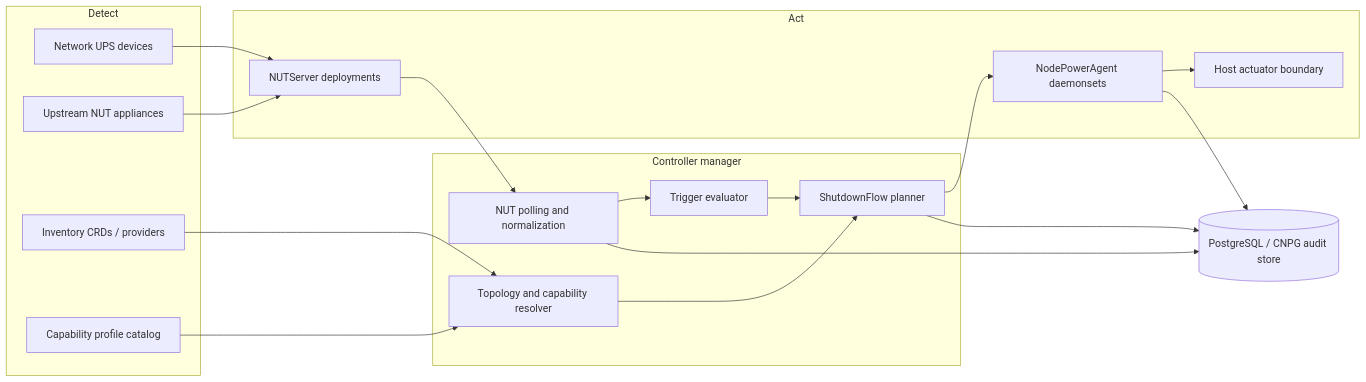
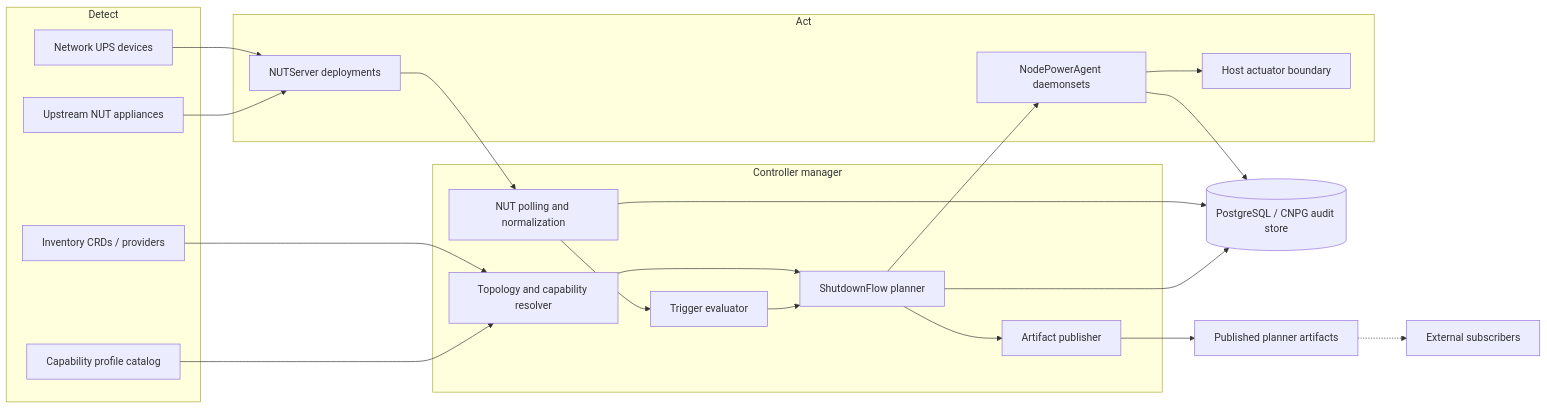
One commit to MichaelZalud18/nut-operator changed the first of 2 diagrams in docs/architecture.md. Above: the diagram before and after it, drawn with Mermaid. The commit also changed other lines of this file and 13 other files, not shown here.

````diff
--- a/docs/architecture.md
+++ b/docs/architecture.md
@@ -5,38 +5,44 @@
 ```mermaid
 flowchart LR
   subgraph Sources[Detect]
     UPS[Network UPS devices]
     Upstream[Upstream NUT appliances]
     Inventory[Inventory CRDs / providers]
     Profiles[Capability profile catalog]
   end
 
   subgraph Control[Controller manager]
     Polling[NUT polling and normalization]
     Resolver[Topology and capability resolver]
     Trigger[Trigger evaluator]
     Planner[ShutdownFlow planner]
+    Publisher[Artifact publisher]
   end
 
   subgraph Runtime[Act]
     NUTServer[NUTServer deployments]
     Agent[NodePowerAgent daemonsets]
     Actuator[Host actuator boundary]
   end
 
   Postgres[(PostgreSQL / CNPG audit store)]
+  Artifacts[Published planner artifacts]
+  Subscribers[External subscribers]
 
   UPS --> NUTServer
   Upstream --> NUTServer
   NUTServer --> Polling
   Inventory --> Resolver
   Profiles --> Resolver
   Polling --> Trigger
   Resolver --> Planner
   Trigger --> Planner
+  Planner --> Publisher
+  Publisher --> Artifacts
   Planner --> Agent
   Agent --> Actuator
   Polling --> Postgres
   Planner --> Postgres
   Agent --> Postgres
+  Artifacts -.-> Subscribers
 ```
````
